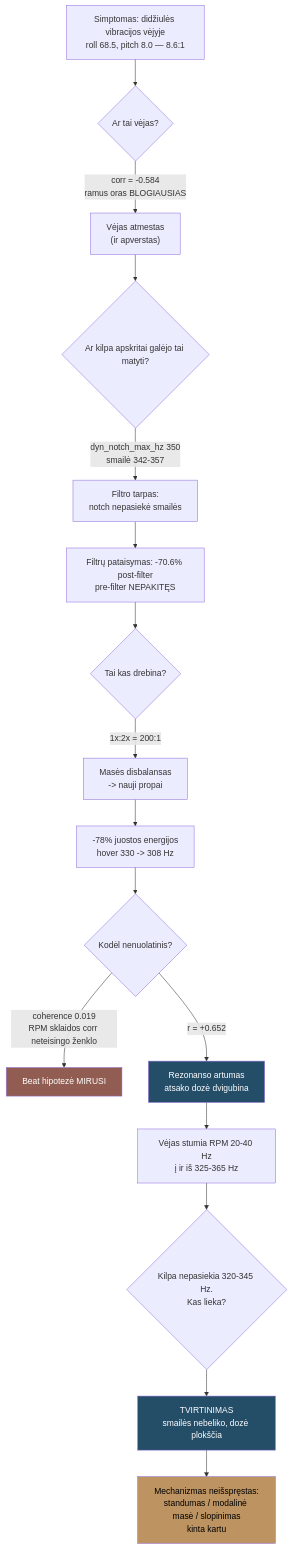
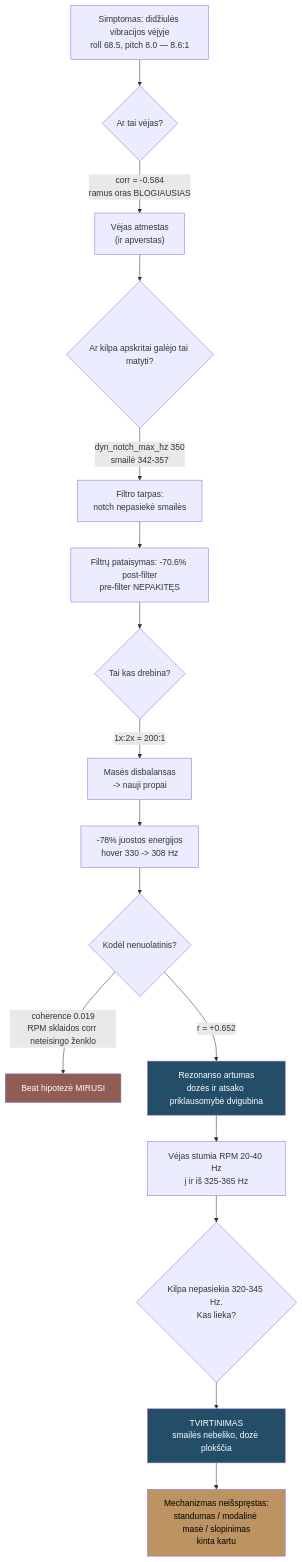
Before and after one commit to itohio/itohio.github.io: the first of 2 diagrams in blog/content/fpv/meteor75-pro-ii-fighting-resonances/index.lt.md, drawn with Mermaid. The commit also changed other lines of this file, not shown here.

````diff
--- a/blog/content/fpv/meteor75-pro-ii-fighting-resonances/index.lt.md
+++ b/blog/content/fpv/meteor75-pro-ii-fighting-resonances/index.lt.md
@@ -488,23 +488,23 @@
 ```mermaid
 flowchart TD
     A["Simptomas: didžiulės vibracijos vėjyje<br/>roll 68.5, pitch 8.0 — 8.6:1"] --> B{"Ar tai vėjas?"}
     B -->|"corr = -0.584<br/>ramus oras BLOGIAUSIAS"| C["Vėjas atmestas<br/>(ir apverstas)"]
     C --> D{"Ar kilpa apskritai galėjo tai matyti?"}
     D -->|"dyn_notch_max_hz 350<br/>smailė 342-357"| E["Filtro tarpas:<br/>notch nepasiekė smailės"]
     E --> F["Filtrų pataisymas: -70.6% post-filter<br/>pre-filter NEPAKITĘS"]
     F --> G{"Tai kas drebina?"}
     G -->|"1x:2x = 200:1"| H["Masės disbalansas<br/>-> nauji propai"]
     H --> I["-78% juostos energijos<br/>hover 330 -> 308 Hz"]
     I --> J{"Kodėl nenuolatinis?"}
     J -->|"coherence 0.019<br/>RPM sklaidos corr neteisingo ženklo"| K["Beat hipotezė MIRUSI"]
-    J -->|"r = +0.652"| L["Rezonanso artumas<br/>atsako dozė dvigubina"]
+    J -->|"r = +0.652"| L["Rezonanso artumas<br/>dozės ir atsako priklausomybė dvigubina"]
     L --> M["Vėjas stumia RPM 20-40 Hz<br/>į ir iš 325-365 Hz"]
     M --> N{"Kilpa nepasiekia 320-345 Hz.<br/>Kas lieka?"}
     N --> O["TVIRTINIMAS<br/>smailės nebeliko, dozė plokščia"]
     O --> P["Mechanizmas neišspręstas:<br/>standumas / modalinė masė / slopinimas<br/>kinta kartu"]
 
     style K fill:#915d52,color:#fff
     style L fill:#244d68,color:#fff
     style O fill:#244d68,color:#fff
     style P fill:#bd9361,color:#000
 ```
````
